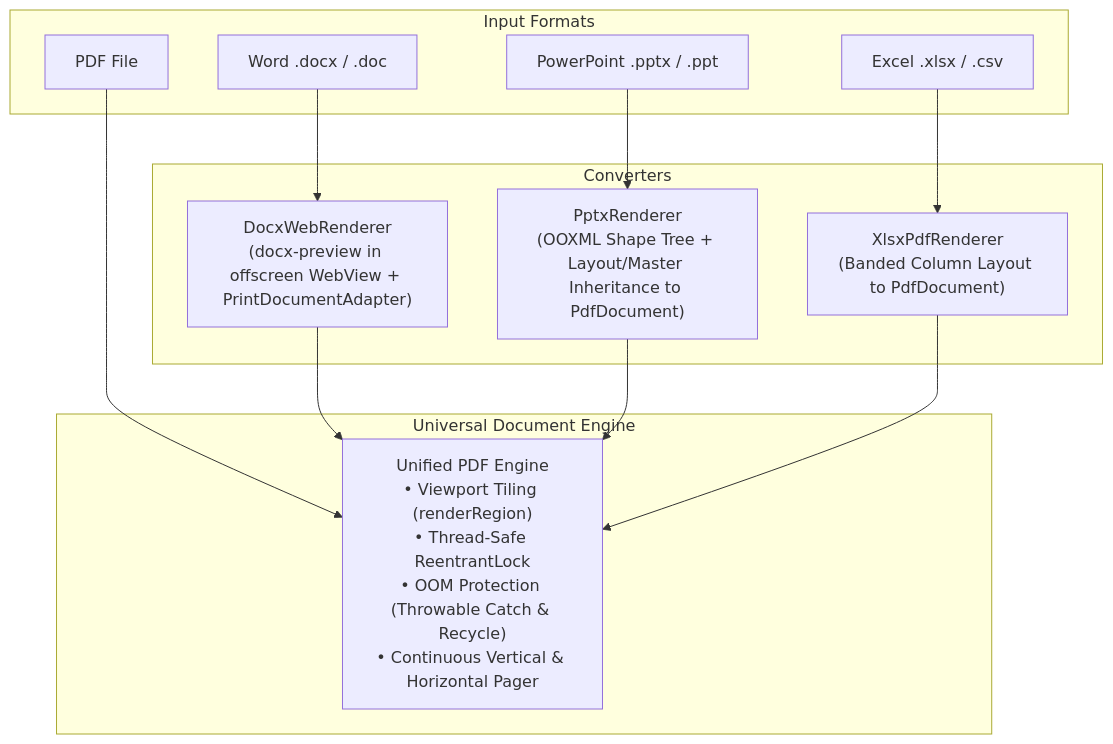
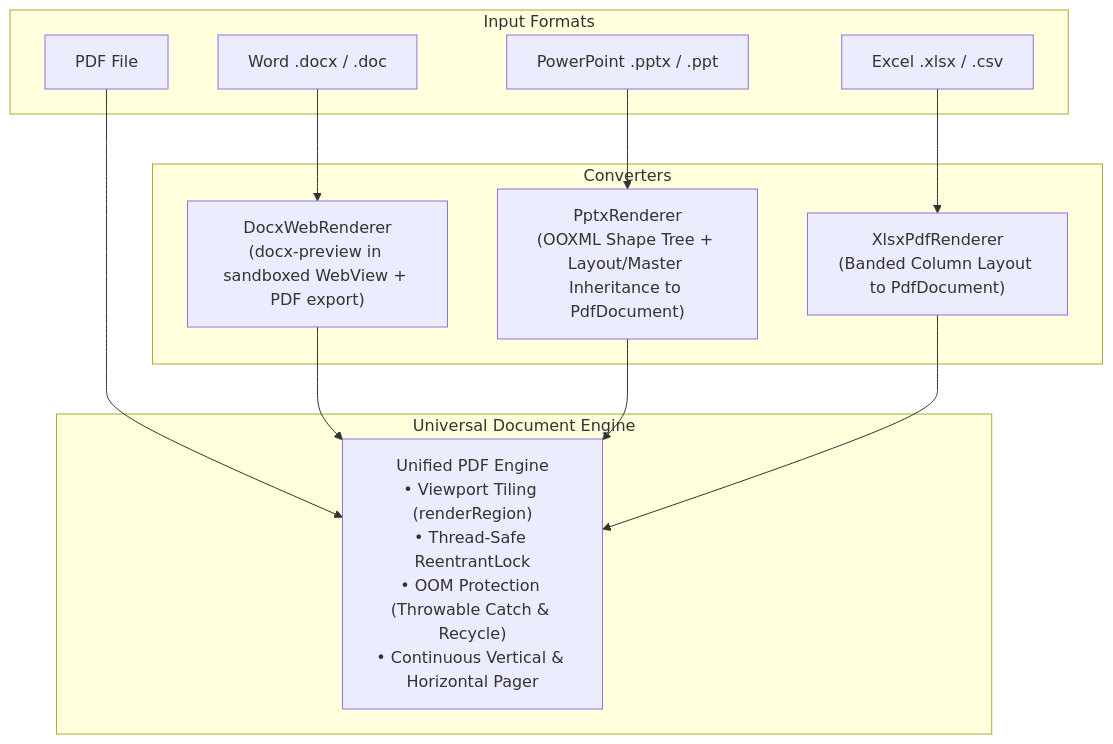
One commit to abhisheksati132/mydoc changed the diagram in improvement.md. Above: the diagram before and after it, drawn with Mermaid. The commit also changed other lines of this file and 10 other files, not shown here.

````diff
--- a/improvement.md
+++ b/improvement.md
@@ -22,24 +20,24 @@
 ```mermaid
 graph TD
     subgraph Input Formats
         PDF[PDF File]
         DOCX[Word .docx / .doc]
         PPTX[PowerPoint .pptx / .ppt]
         XLSX[Excel .xlsx / .csv]
     end
 
     subgraph Converters
-        DOCX_CONV["DocxWebRenderer<br/>(docx-preview in offscreen WebView + PrintDocumentAdapter)"]
+        DOCX_CONV["DocxWebRenderer<br/>(docx-preview in sandboxed WebView + PDF export)"]
         PPTX_CONV["PptxRenderer<br/>(OOXML Shape Tree + Layout/Master Inheritance to PdfDocument)"]
         XLSX_CONV["XlsxPdfRenderer<br/>(Banded Column Layout to PdfDocument)"]
     end
 
     subgraph Universal Document Engine
         PDF_ENGINE["Unified PDF Engine<br/>• Viewport Tiling (renderRegion)<br/>• Thread-Safe ReentrantLock<br/>• OOM Protection (Throwable Catch & Recycle)<br/>• Continuous Vertical & Horizontal Pager"]
     end
 
     PDF --> PDF_ENGINE
     DOCX --> DOCX_CONV --> PDF_ENGINE
     PPTX --> PPTX_CONV --> PDF_ENGINE
     XLSX --> XLSX_CONV --> PDF_ENGINE
 ```
````
